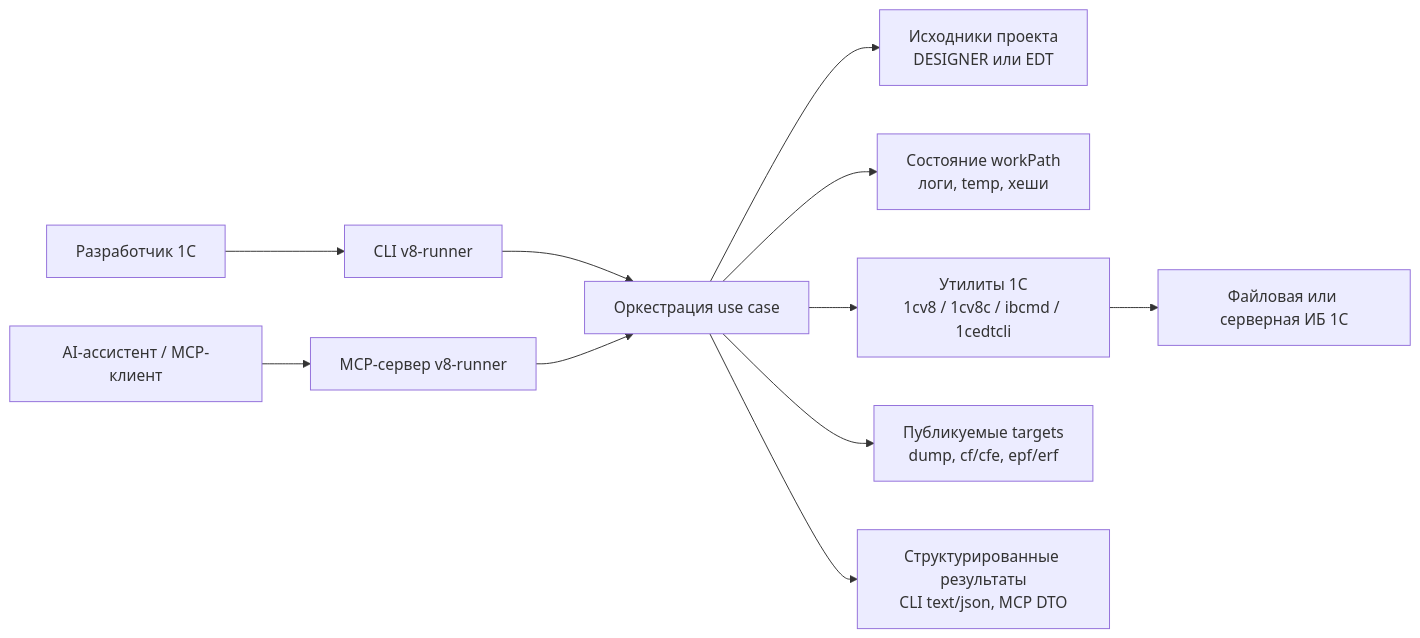
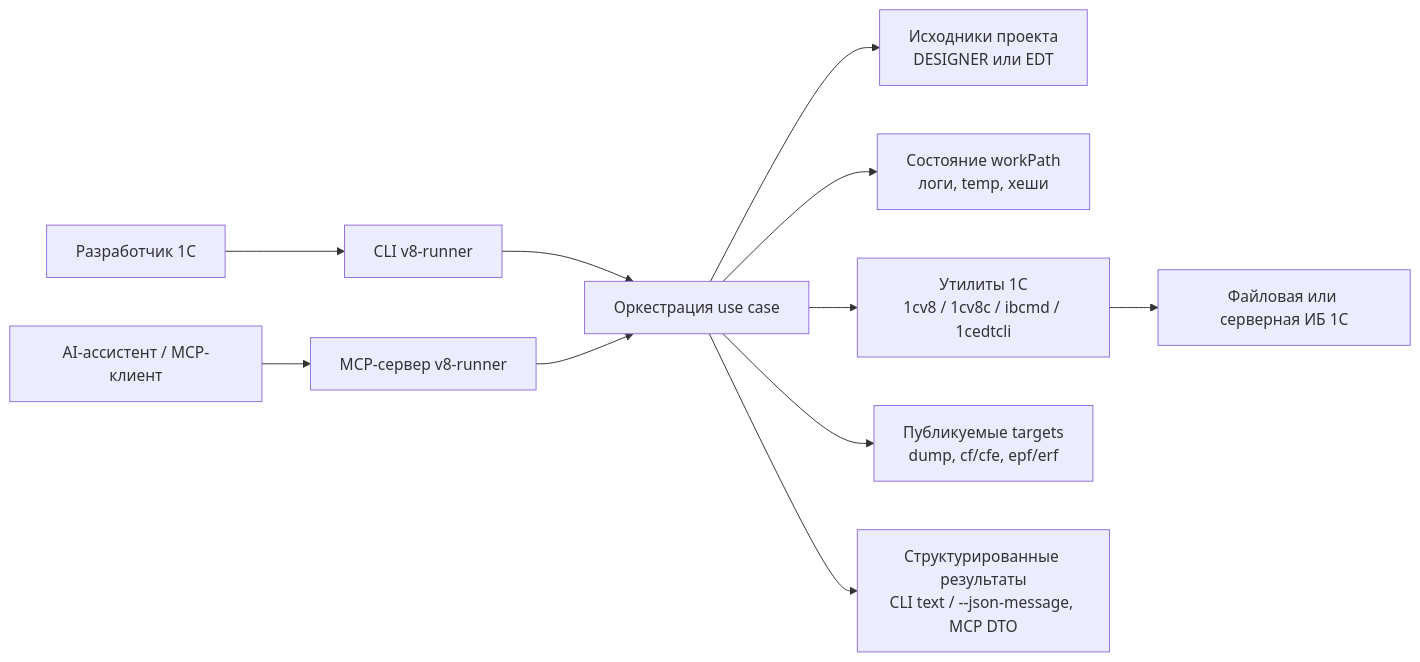
Before and after one commit to SteelMorgan/v8-runner-rust: the diagram in docs/architecture/arc42/03-context-and-scope.md, drawn with Mermaid. The commit also changed other lines of this file and 26 other files, not shown here.

First line of the commit message:
feat(cli): rework json selector and output path flags

````diff
--- a/docs/architecture/arc42/03-context-and-scope.md
+++ b/docs/architecture/arc42/03-context-and-scope.md
@@ -7,13 +7,13 @@
 ```mermaid
 flowchart LR
     Developer["Разработчик 1С"] --> CLI["CLI v8-runner"]
     Assistant["AI-ассистент / MCP-клиент"] --> MCP["MCP-сервер v8-runner"]
     CLI --> Core["Оркестрация use case"]
     MCP --> Core
     Core --> Sources["Исходники проекта\nDESIGNER или EDT"]
     Core --> Work["Состояние workPath\nлоги, temp, хеши"]
     Core --> Utilities["Утилиты 1С\n1cv8 / 1cv8c / ibcmd / 1cedtcli"]
     Utilities --> Infobase["Файловая или серверная ИБ 1С"]
     Core --> Targets["Публикуемые targets\ndump, cf/cfe, epf/erf"]
-    Core --> Reports["Структурированные результаты\nCLI text/json, MCP DTO"]
+    Core --> Reports["Структурированные результаты\nCLI text / --json-message, MCP DTO"]
 ```
````
